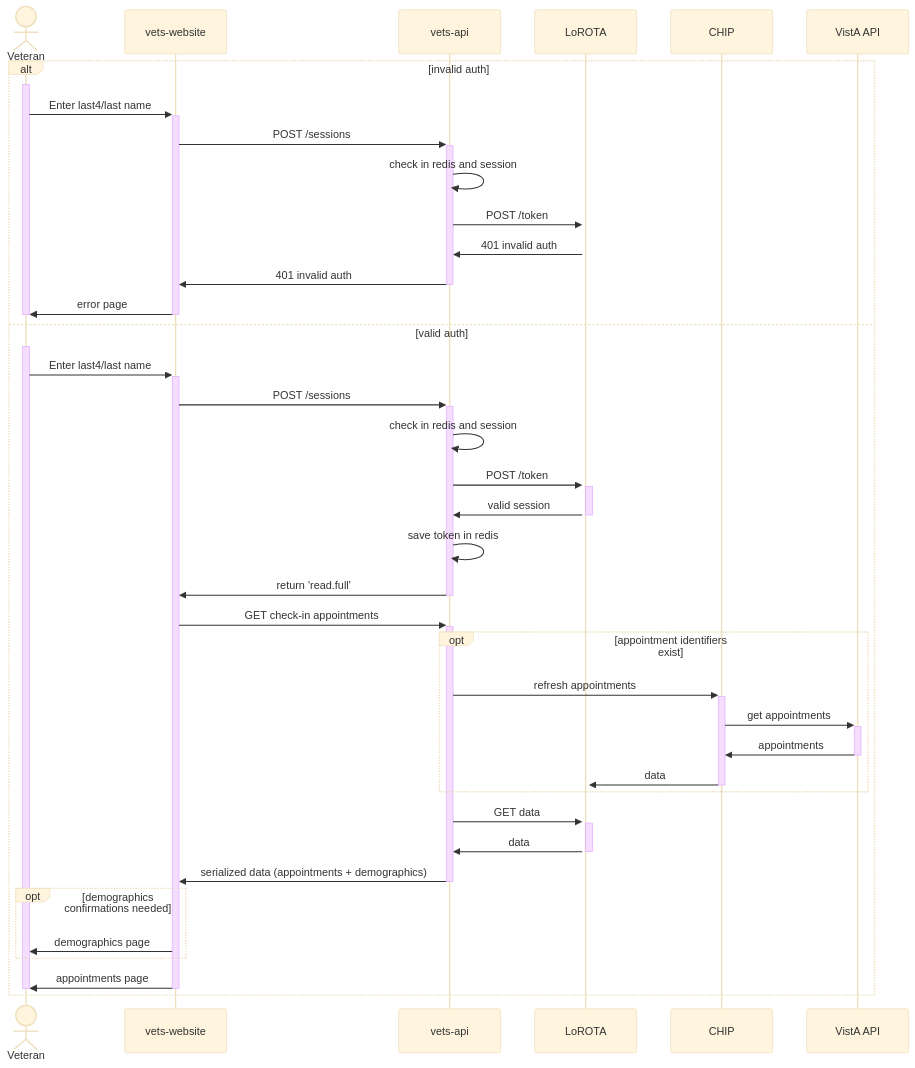
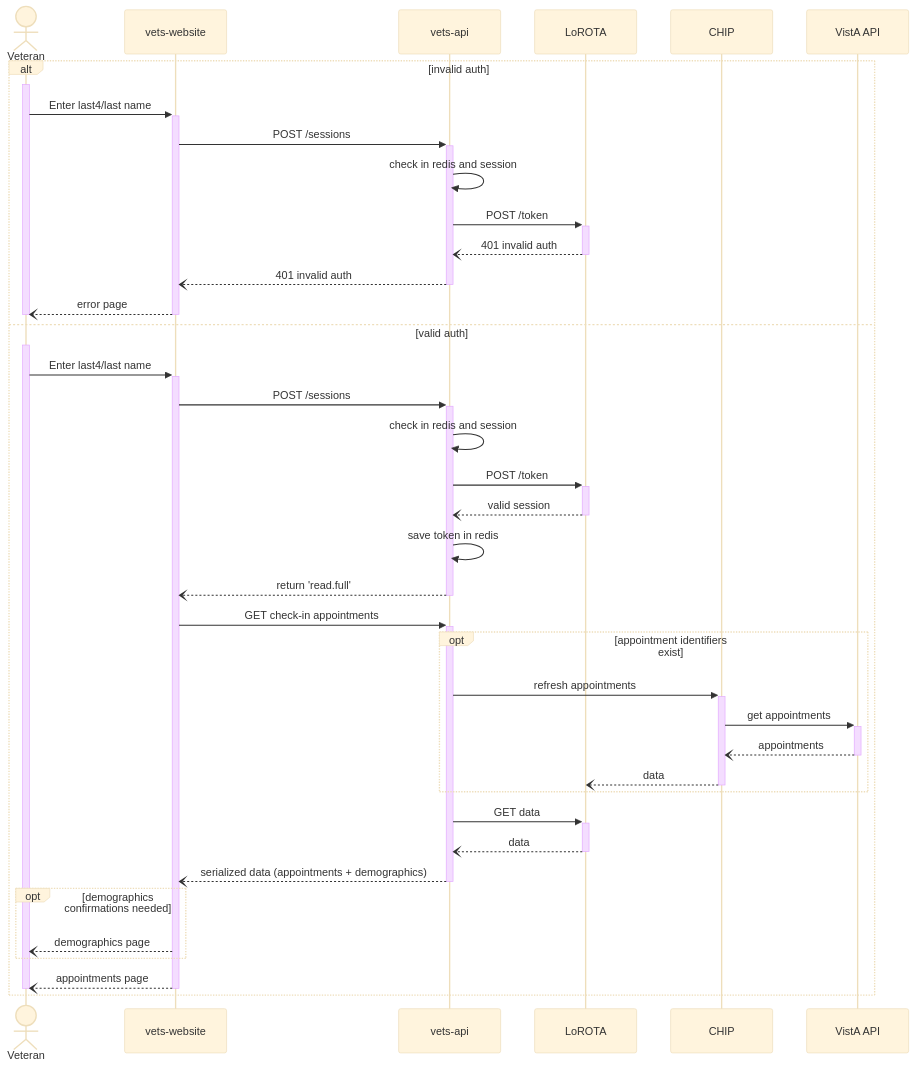
The third of 4 diagrams in products/health-care/checkin/engineering/architecture-diagrams/sequenceDiagram_checkInExp.md (department-of-veterans-affairs/va.gov-team), drawn with Mermaid (base theme) before and after one commit. The commit also changed other lines of this file and 1 other file, not shown here.

````diff
--- a/products/health-care/checkin/engineering/architecture-diagrams/sequenceDiagram_checkInExp.md
+++ b/products/health-care/checkin/engineering/architecture-diagrams/sequenceDiagram_checkInExp.md
@@ -84,46 +77,46 @@
 ```mermaid
 sequenceDiagram
     actor vet as Veteran
     participant web as vets-website
     participant api as vets-api
     participant l as LoROTA
     participant c as CHIP
     participant va as VistA API
 
     alt invalid auth
         activate vet
         vet->>+web: Enter last4/last name
         web->>+api: POST /sessions
         api->>api: check in redis and session
         api->>+l: POST /token
-        l->>api: 401 invalid auth
-        api->>-web: 401 invalid auth
-        web->>-vet: error page
+        l--)-api: 401 invalid auth
+        api--)-web: 401 invalid auth
+        web--)-vet: error page
         deactivate vet
     else valid auth
         activate vet
         vet->>+web: Enter last4/last name
         web->>+api: POST /sessions
         api->>api: check in redis and session
         api->>+l: POST /token
-        l->>-api: valid session
+        l--)-api: valid session
         api->>api: save token in redis
-        api->>web: return 'read.full'
+        api--)web: return 'read.full'
         deactivate api
         web->>+api: GET check-in appointments
         opt appointment identifiers exist
             api->>+c: refresh appointments
             c->>+va: get appointments
-            va->>-c: appointments
-            c->>-l: data
+            va--)-c: appointments
+            c--)-l: data
         end
         api->>+l: GET data
-        l->>-api: data
-        api->>-web: serialized data (appointments + demographics)
+        l--)-api: data
+        api--)-web: serialized data (appointments + demographics)
         opt demographics confirmations needed
-            web->>vet: demographics page
+            web--)vet: demographics page
         end
-        web->>-vet: appointments page
+        web--)-vet: appointments page
         deactivate vet
     end
 ```
````
